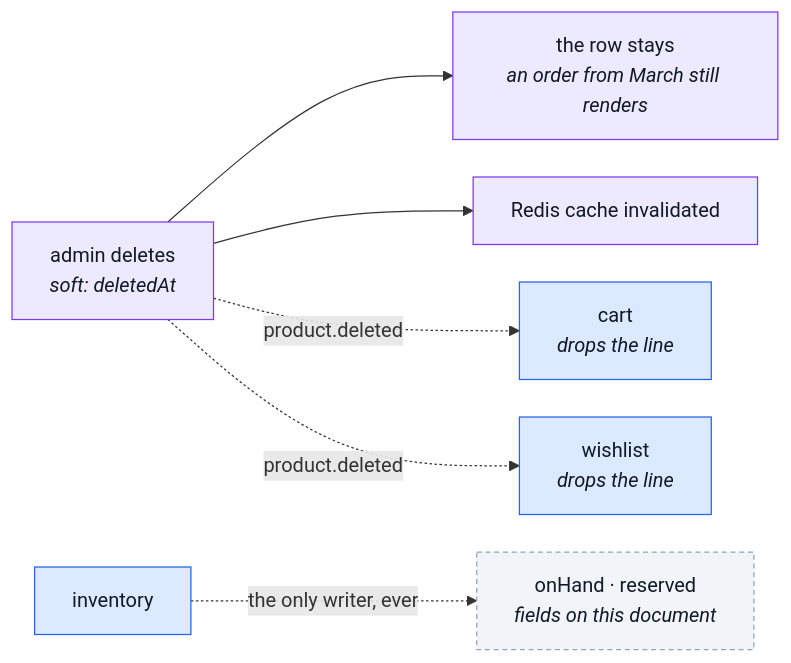
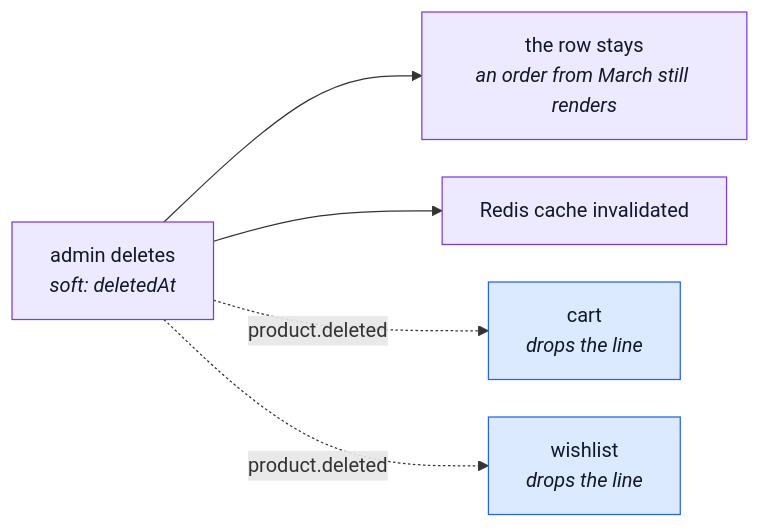
Before and after one commit to Guebbit/boilerplate-node-backend: the second of 2 diagrams in docs/modules/products.md, drawn with Mermaid. The commit also changed other lines of this file and 97 other files, not shown here.

````diff
--- a/docs/modules/products.md
+++ b/docs/modules/products.md
@@ -182,16 +179,13 @@
 ```mermaid
 %%{init: {'flowchart': {'nodeSpacing': 30, 'rankSpacing': 55}}}%%
 flowchart LR
     D["admin deletes<br/><i>soft: deletedAt</i>"] --> R["the row stays<br/><i>an order from March still renders</i>"]
     D --> C["Redis cache invalidated"]
     D -. "product.deleted" .-> CA["cart<br/><i>drops the line</i>"]
     D -. "product.deleted" .-> WI["wishlist<br/><i>drops the line</i>"]
-    IN["inventory"] -.->|"the only writer, ever"| ST["onHand · reserved<br/><i>fields on this document</i>"]
 
     classDef own fill:#ede9fe,stroke:#7c3aed,color:#111827;
     classDef peer fill:#dbeafe,stroke:#2563eb,color:#111827;
-    classDef note fill:#f1f5f9,stroke:#94a3b8,color:#111827,stroke-dasharray:4 3;
     class D,R,C own;
-    class CA,WI,IN peer;
-    class ST note;
+    class CA,WI peer;
 ```
````
